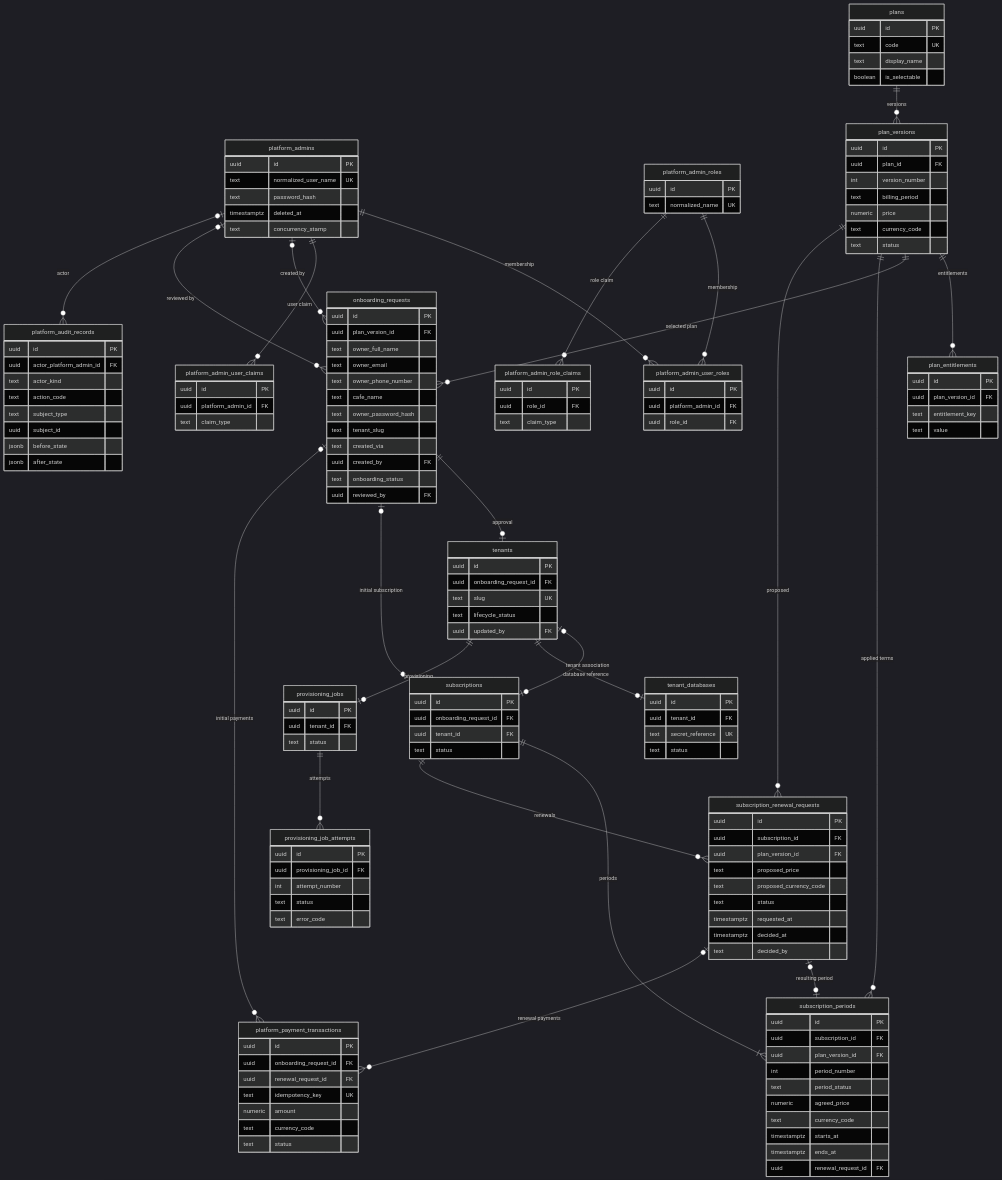
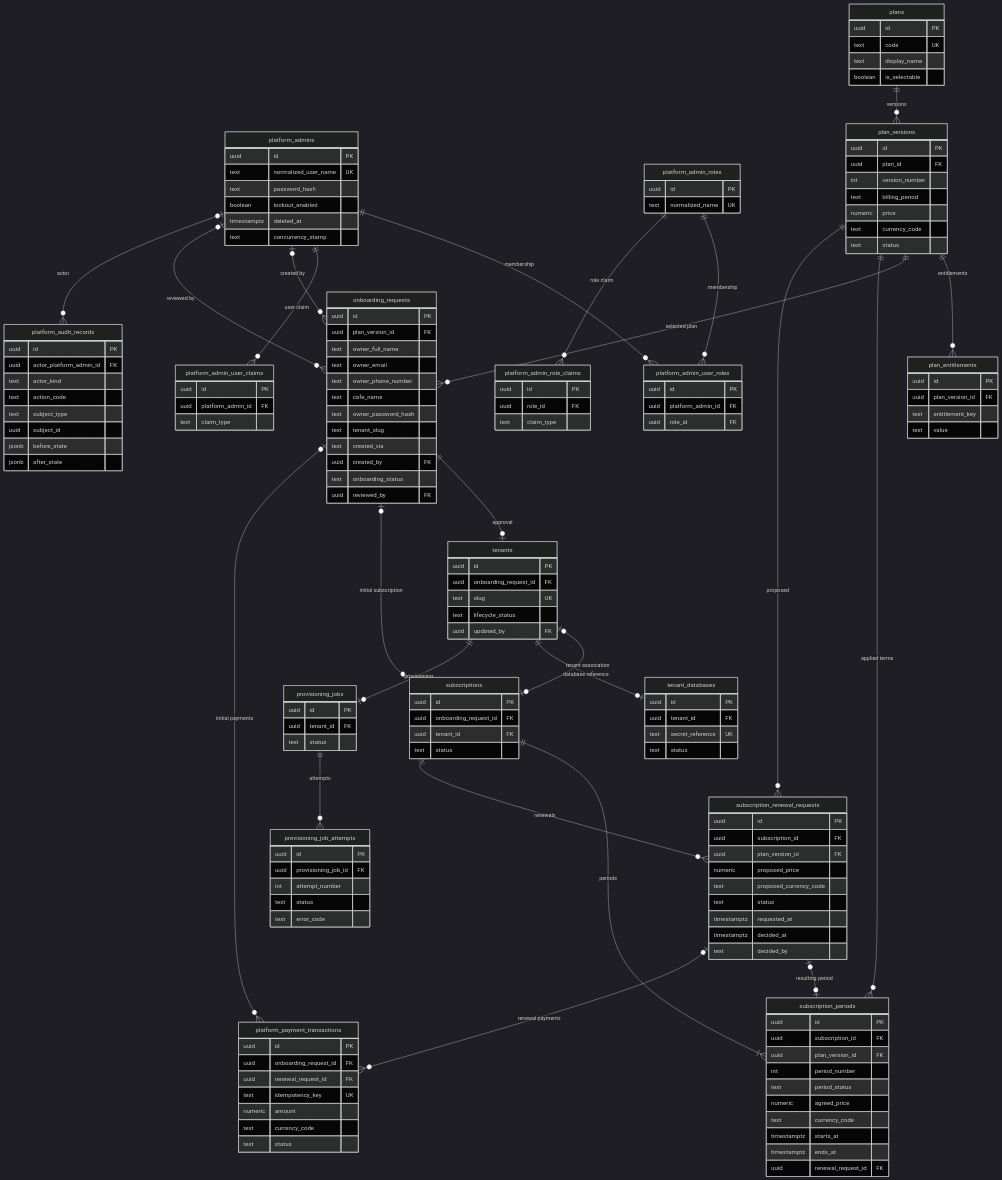
The diagram in architecture/erd-master.md (Cafe-Sass/CafeHub-Backend), drawn with Mermaid (dark theme) before and after one commit. The commit also changed other lines of this file, not shown here.

First line of the commit message:
docs(database): fix master ERD diagram type and identity defaults

```diff
--- a/architecture/erd-master.md
+++ b/architecture/erd-master.md
@@ -10,6 +10,7 @@
         uuid id PK
         text normalized_user_name UK
         text password_hash
+        boolean lockout_enabled
         timestamptz deleted_at
         text concurrency_stamp
     }
@@ -102,7 +103,7 @@
         uuid id PK
         uuid subscription_id FK
         uuid plan_version_id FK
-        text proposed_price
+        numeric proposed_price
         text proposed_currency_code
         text status
         timestamptz requested_at
```
